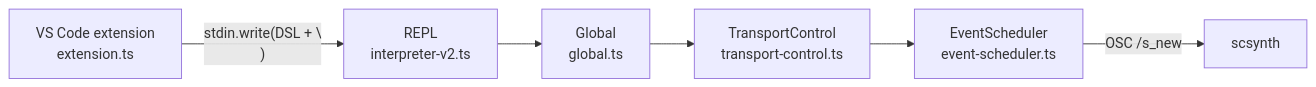
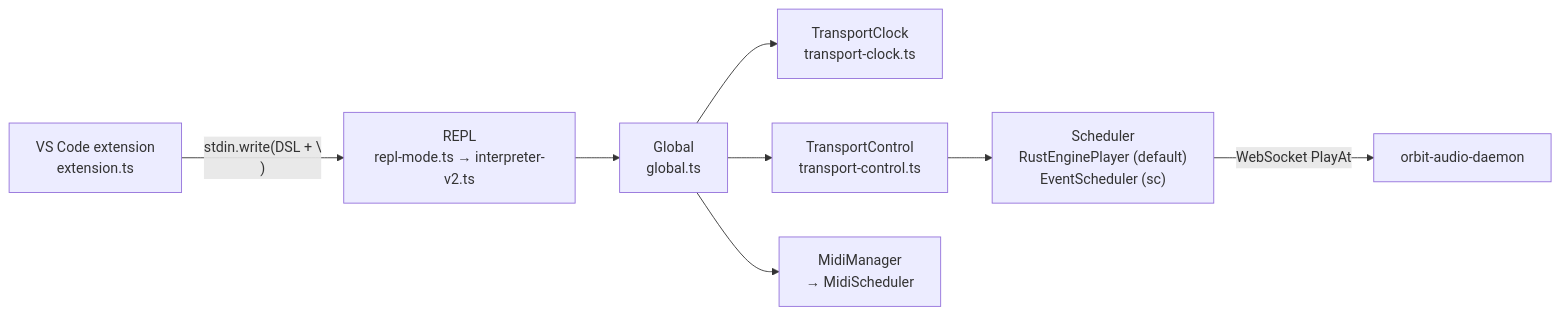
Before and after one commit to signalcompose/orbitscore: the first of 4 diagrams in sites/dev/en/scheduling/transport.md, drawn with Mermaid. The commit also changed other lines of this file and 8 other files, not shown here.

````diff
--- a/sites/dev/en/scheduling/transport.md
+++ b/sites/dev/en/scheduling/transport.md
@@ -27,8 +39,10 @@
 ```mermaid
 flowchart LR
-  EXT["VS Code extension\nextension.ts"] -->|"stdin.write(DSL + \\n)"| REPL["REPL\ninterpreter-v2.ts"]
+  EXT["VS Code extension\nextension.ts"] -->|"stdin.write(DSL + \\n)"| REPL["REPL\nrepl-mode.ts → interpreter-v2.ts"]
   REPL --> GLOBAL["Global\nglobal.ts"]
+  GLOBAL --> CLK["TransportClock\ntransport-clock.ts"]
   GLOBAL --> TC["TransportControl\ntransport-control.ts"]
-  TC --> SCHED["EventScheduler\nevent-scheduler.ts"]
-  SCHED -->|"OSC /s_new"| SC["scsynth"]
+  GLOBAL --> MIDI["MidiManager\n→ MidiScheduler"]
+  TC --> SCHED["Scheduler\nRustEnginePlayer (default)\nEventScheduler (sc)"]
+  SCHED -->|"WebSocket PlayAt"| D["orbit-audio-daemon"]
 ```
````
